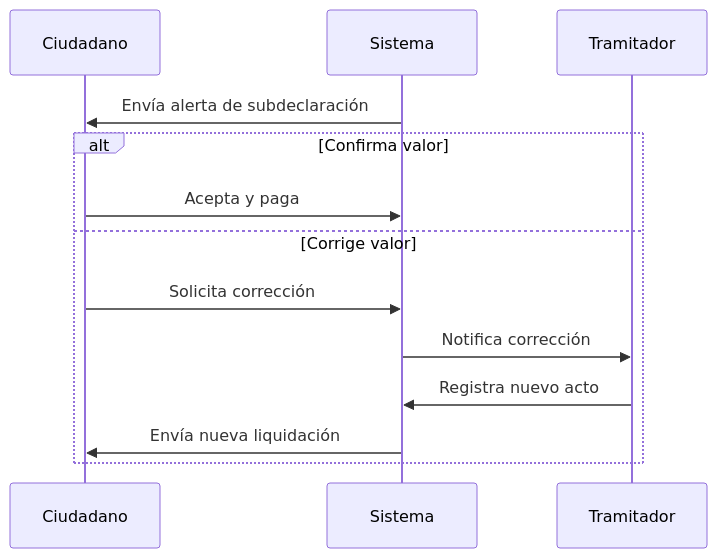
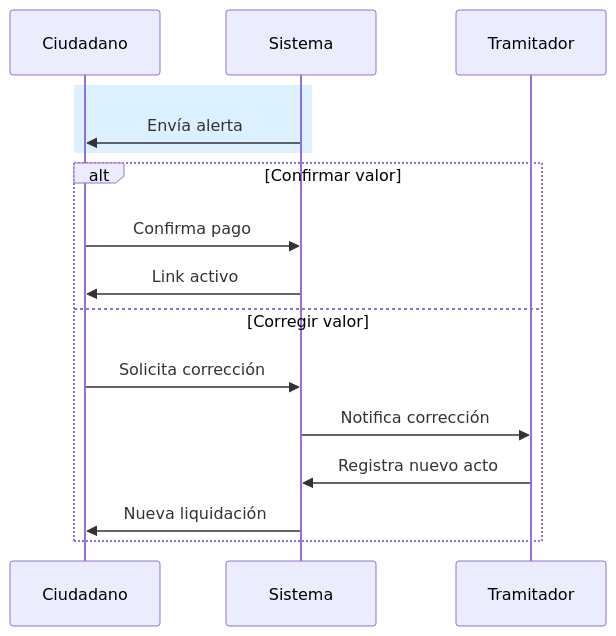
Before and after one commit to MateoArango/motivation-bot: the diagram in doc.md, drawn with Mermaid.

Commit message:
test-diagram2

````diff
--- a/doc.md
+++ b/doc.md
@@ -1,17 +1,20 @@
 ```mermaid
 sequenceDiagram
     participant C as Ciudadano
     participant S as Sistema
     participant T as Tramitador
 
-    S->>C: Envía alerta de subdeclaración
+    rect rgb(220, 240, 255)
+        S->>C: Envía alerta
+    end
 
-    alt Confirma valor
-        C->>S: Acepta y paga
-    else Corrige valor
+    alt Confirmar valor
+        C->>S: Confirma pago
+        S->>C: Link activo
+    else Corregir valor
         C->>S: Solicita corrección
         S->>T: Notifica corrección
         T->>S: Registra nuevo acto
-        S->>C: Envía nueva liquidación
+        S->>C: Nueva liquidación
     end
 ```
````
